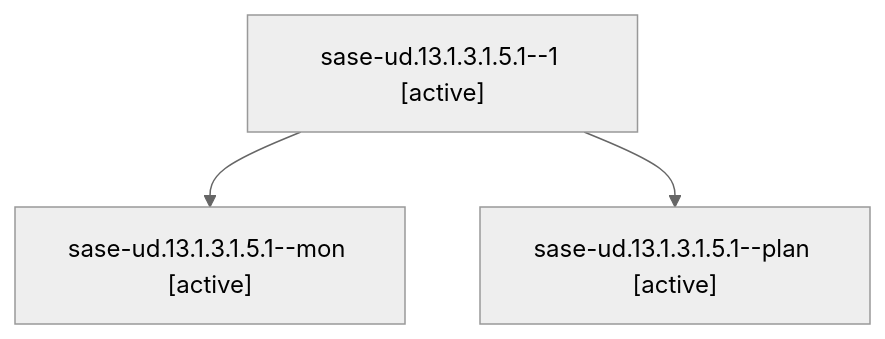
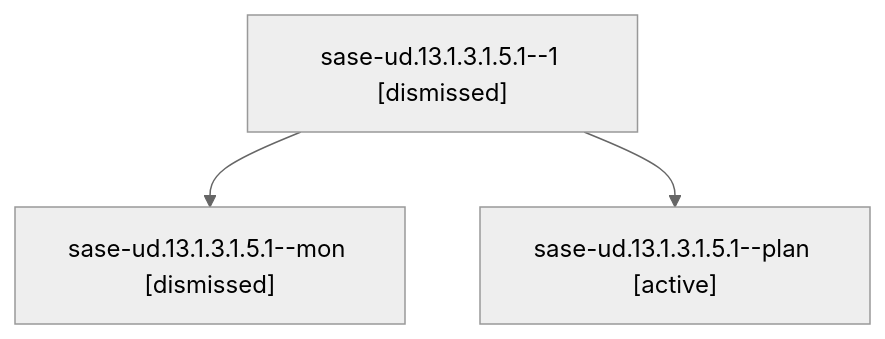
One commit to sase-org/sase--agents changed the diagram in sessions/bbugyi200.athena.sase-ud.13.1.3.1.5.1.md. Above: the diagram before and after it, drawn with Mermaid (neutral theme). The commit also changed other lines of this file and 262 other files, not shown here.

````diff
--- a/sessions/bbugyi200.athena.sase-ud.13.1.3.1.5.1.md
+++ b/sessions/bbugyi200.athena.sase-ud.13.1.3.1.5.1.md
@@ -9,8 +9,8 @@
 ```mermaid
 flowchart TD
-  n0["sase-ud.13.1.3.1.5.1--1 [active]"]
-  n1["sase-ud.13.1.3.1.5.1--mon [active]"]
+  n0["sase-ud.13.1.3.1.5.1--1 [dismissed]"]
+  n1["sase-ud.13.1.3.1.5.1--mon [dismissed]"]
   n0 --> n1
   n2["sase-ud.13.1.3.1.5.1--plan [active]"]
   n0 --> n2
 ```
````
